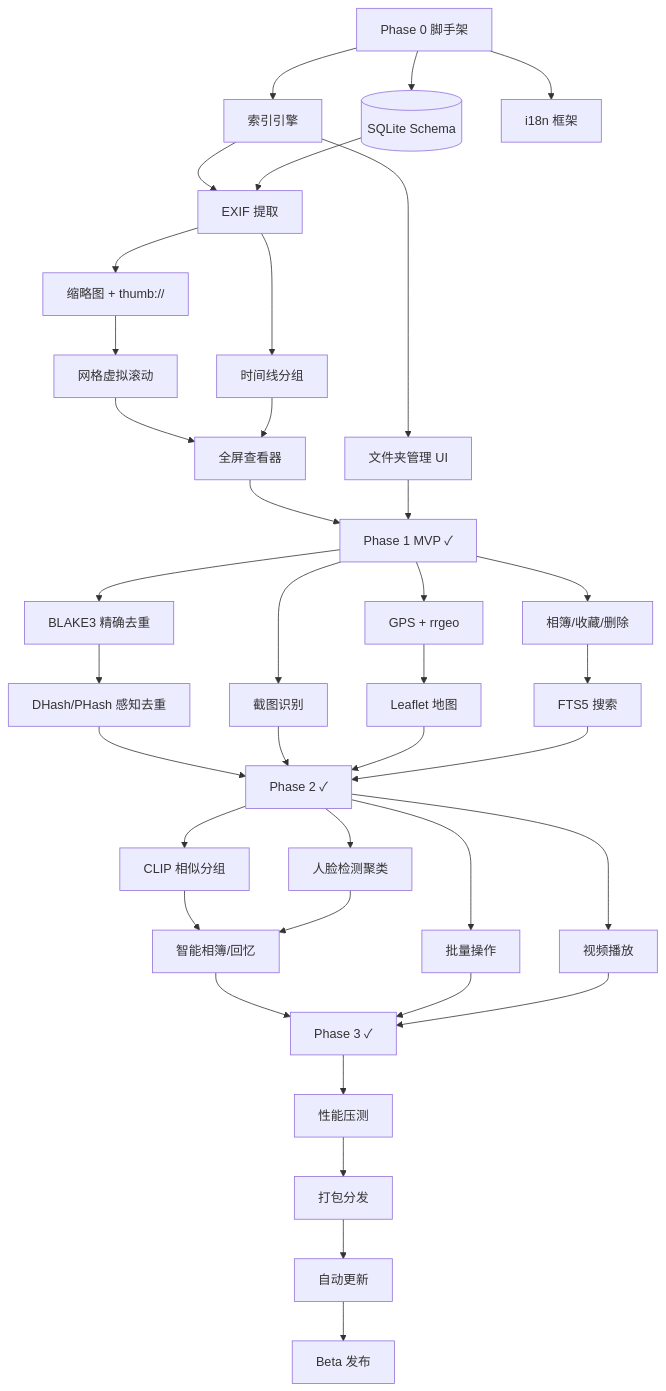
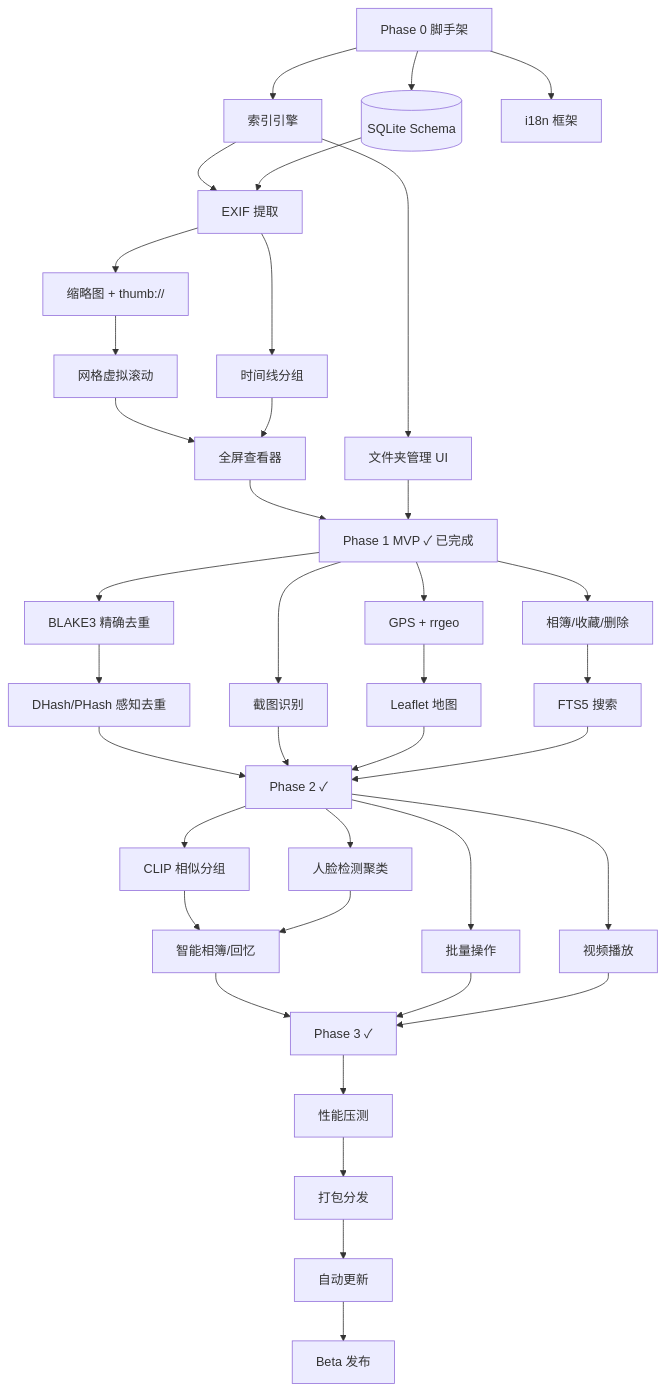
The third of 5 diagrams in docs/5-development-plan.md (halft0n/LightFrame), drawn with Mermaid before and after one commit. The commit also changed other lines of this file and 8 other files, not shown here.

````diff
--- a/docs/5-development-plan.md
+++ b/docs/5-development-plan.md
@@ -554,47 +562,47 @@
 ```mermaid
 flowchart TB
     P0[Phase 0 脚手架] --> IDX[索引引擎]
     P0 --> DB[(SQLite Schema)]
     P0 --> I18N[i18n 框架]
 
     IDX --> EXIF[EXIF 提取]
     DB --> EXIF
     EXIF --> THUMB[缩略图 + thumb://]
     THUMB --> GRID[网格虚拟滚动]
     EXIF --> TIMELINE[时间线分组]
 
     GRID --> VIEWER[全屏查看器]
     TIMELINE --> VIEWER
     IDX --> FOLDER[文件夹管理 UI]
 
-    VIEWER --> P1M[Phase 1 MVP ✓]
+    VIEWER --> P1M[Phase 1 MVP ✓ 已完成]
     FOLDER --> P1M
 
     P1M --> DEDUP1[BLAKE3 精确去重]
     DEDUP1 --> DEDUP2[DHash/PHash 感知去重]
     P1M --> SCREEN[截图识别]
     P1M --> GEO[GPS + rrgeo]
     GEO --> MAP[Leaflet 地图]
 
     P1M --> ALBUM[相簿/收藏/删除]
     ALBUM --> FTS[FTS5 搜索]
     DEDUP2 --> P2M[Phase 2 ✓]
     SCREEN --> P2M
     MAP --> P2M
     FTS --> P2M
 
     P2M --> CLIP[CLIP 相似分组]
     P2M --> FACE[人脸检测聚类]
     CLIP --> SMART[智能相簿/回忆]
     FACE --> SMART
     P2M --> BATCH[批量操作]
     P2M --> VIDEO[视频播放]
     SMART --> P3M[Phase 3 ✓]
     BATCH --> P3M
     VIDEO --> P3M
 
     P3M --> PERF[性能压测]
     PERF --> PKG[打包分发]
     PKG --> UPD[自动更新]
     UPD --> BETA[Beta 发布]
 ```
````
